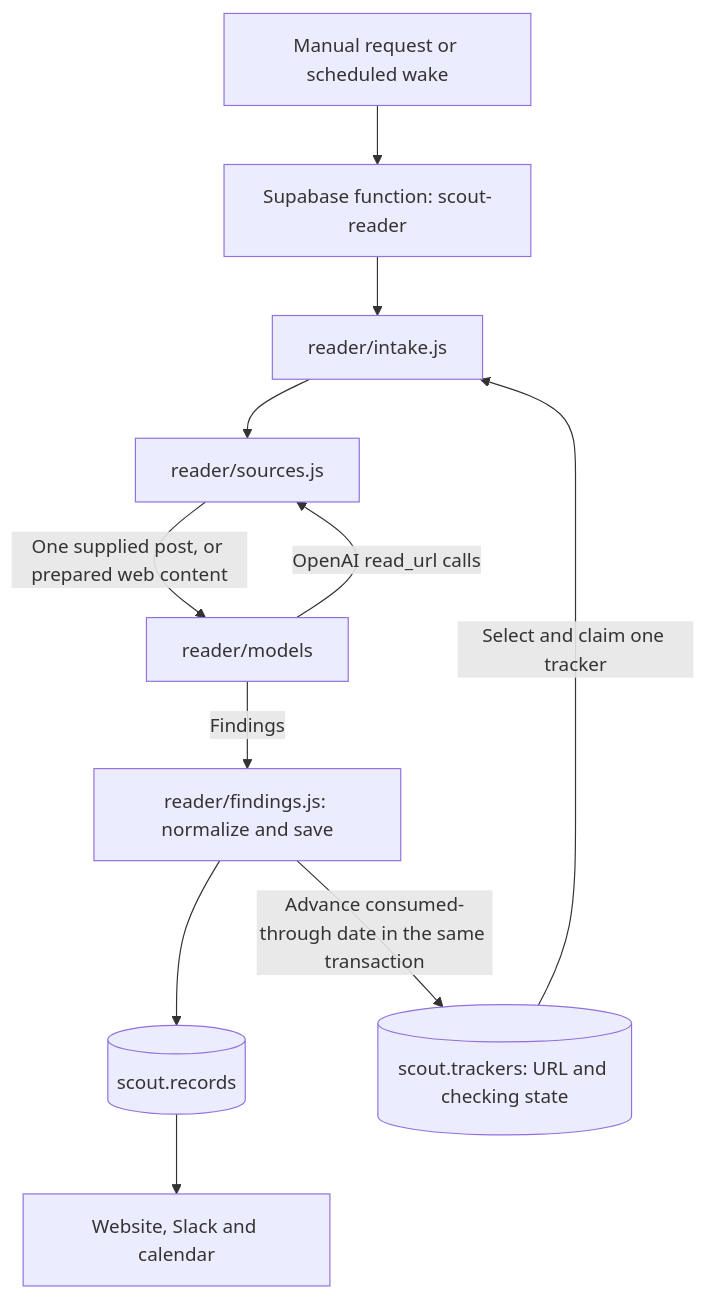
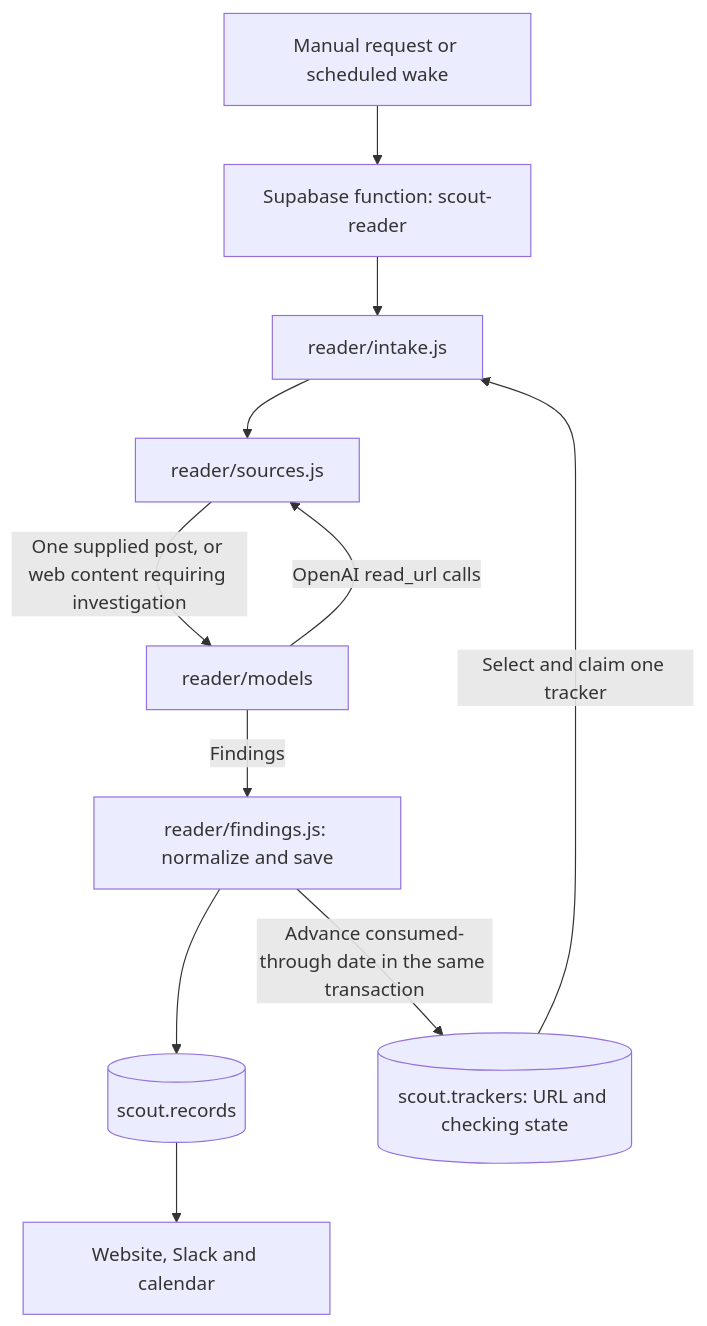
The diagram in docs/architecture.md (oceanagentics/scout), drawn with Mermaid before and after one commit. The commit also changed other lines of this file and 6 other files, not shown here.

Commit message:
Skip unchanged web sources before model investigation

````diff
--- a/docs/architecture.md
+++ b/docs/architecture.md
@@ -7,13 +7,13 @@
 ```mermaid
 flowchart TD
   start[Manual request or scheduled wake] --> endpoint[Supabase function: scout-reader]
   endpoint --> intake[reader/intake.js]
   trackers[(scout.trackers: URL and checking state)] -->|Select and claim one tracker| intake
   intake --> source[reader/sources.js]
-  source -->|One supplied post, or prepared web content| model[reader/models]
+  source -->|One supplied post, or web content requiring investigation| model[reader/models]
   model -->|OpenAI read_url calls| source
   model -->|Findings| save[reader/findings.js: normalize and save]
   save --> records[(scout.records)]
   save -->|Advance consumed-through date in the same transaction| trackers
   records --> output[Website, Slack and calendar]
 ```
````
